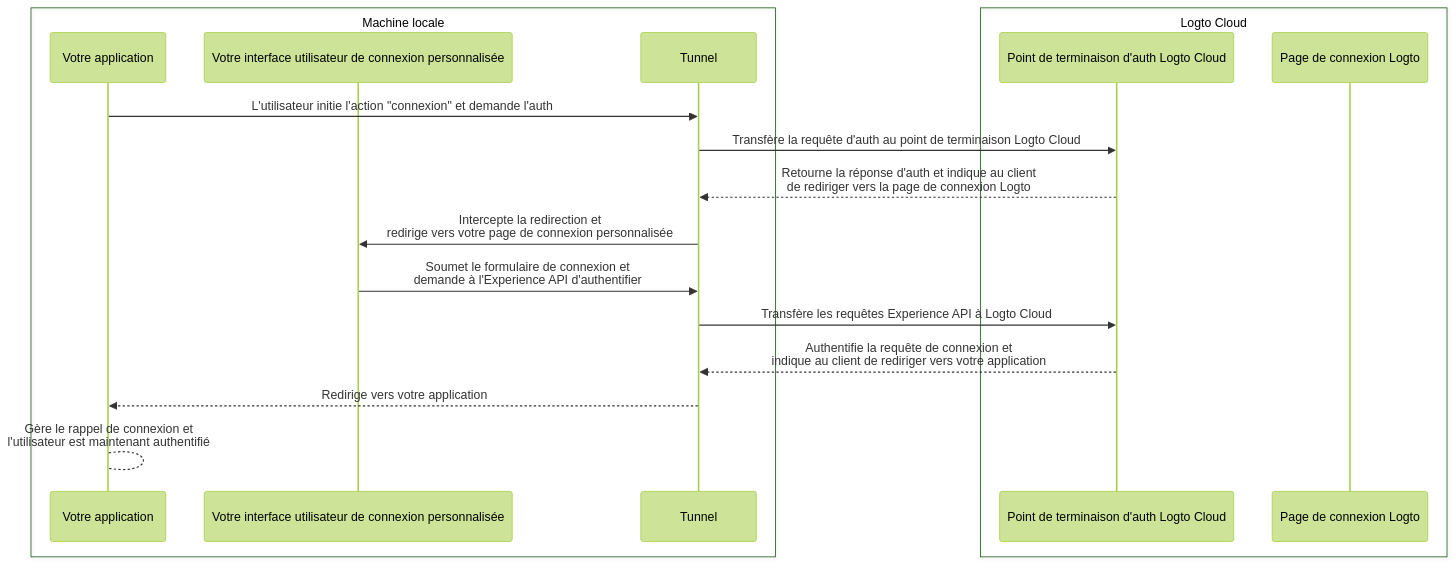
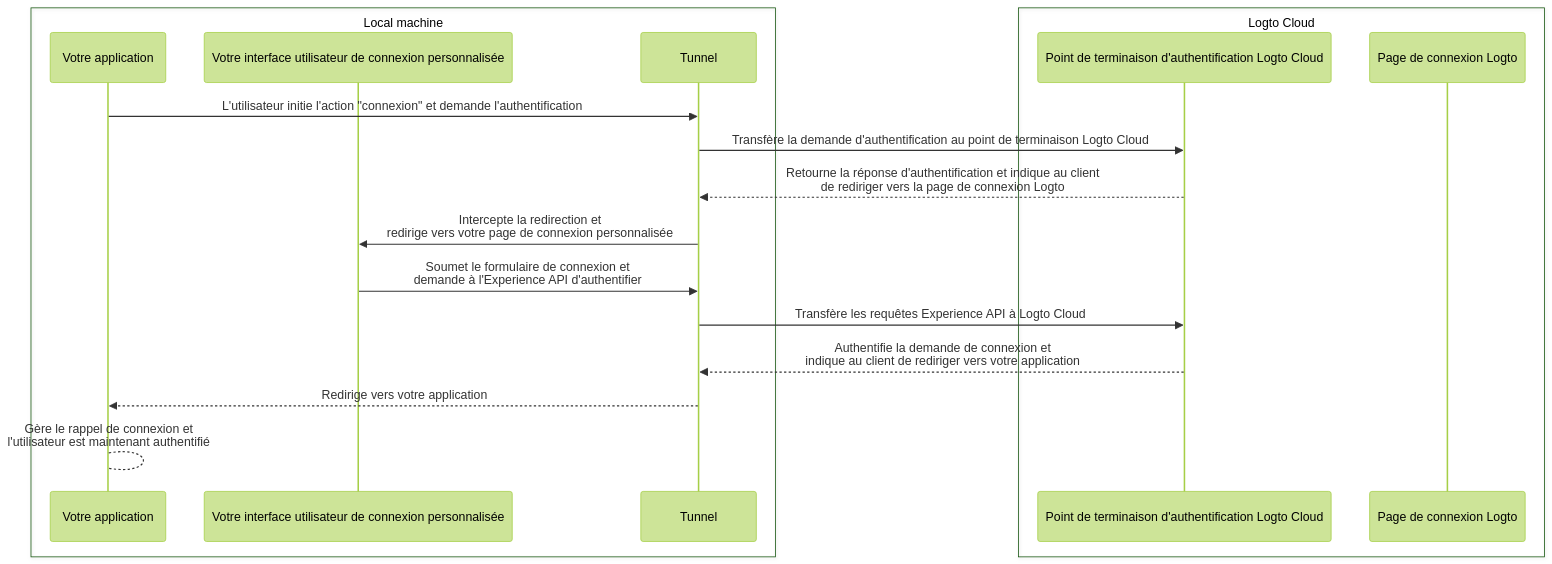
Before and after one commit to logto-io/docs: the second of 2 diagrams in i18n/fr/docusaurus-plugin-content-docs/current/customization/bring-your-ui/debug-and-test-your-custom-ui-locally.mdx, drawn with Mermaid (forest theme). The commit also changed other lines of this file and 428 other files, not shown here.

````diff
--- a/i18n/fr/docusaurus-plugin-content-docs/current/customization/bring-your-ui/debug-and-test-your-custom-ui-locally.mdx
+++ b/i18n/fr/docusaurus-plugin-content-docs/current/customization/bring-your-ui/debug-and-test-your-custom-ui-locally.mdx
@@ -44,21 +42,21 @@
 ```mermaid
 sequenceDiagram
-    box Machine locale
+    box Local machine
     participant A as Votre application
     participant B as Votre interface utilisateur de connexion personnalisée
     participant C as Tunnel
     end
     box Logto Cloud
-    participant D as Point de terminaison d'auth Logto Cloud
+    participant D as Point de terminaison d'authentification Logto Cloud
     participant E as Page de connexion Logto
     end
-    A ->> C: L'utilisateur initie l'action "connexion" et demande l'auth
-    C ->> D: Transfère la requête d'auth au point de terminaison Logto Cloud
-    D -->> C: Retourne la réponse d'auth et indique au client<br/>de rediriger vers la page de connexion Logto
+    A ->> C: L'utilisateur initie l'action "connexion" et demande l'authentification
+    C ->> D: Transfère la demande d'authentification au point de terminaison Logto Cloud
+    D -->> C: Retourne la réponse d'authentification et indique au client<br/>de rediriger vers la page de connexion Logto
     C ->> B: Intercepte la redirection et<br/>redirige vers votre page de connexion personnalisée
     B ->> C: Soumet le formulaire de connexion et<br/>demande à l'Experience API d'authentifier
     C ->> D: Transfère les requêtes Experience API à Logto Cloud
-    D -->> C: Authentifie la requête de connexion et<br/>indique au client de rediriger vers votre application
+    D -->> C: Authentifie la demande de connexion et<br/>indique au client de rediriger vers votre application
     C -->> A: Redirige vers votre application
     A --> A: Gère le rappel de connexion et<br/>l'utilisateur est maintenant authentifié
 ```
````
